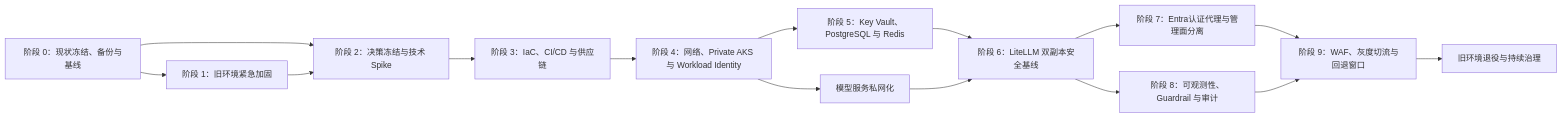
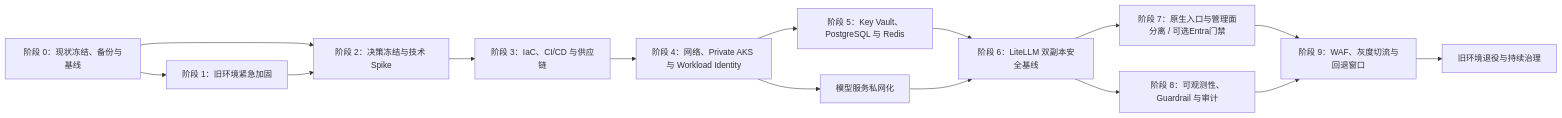
Before and after one commit to wukong121/secure-litellm-on-azure: the diagram in docs/litellm-security-hardening-implementation-roadmap-zh.md, drawn with Mermaid. The commit also changed other lines of this file and 56 other files, not shown here.

````diff
--- a/docs/litellm-security-hardening-implementation-roadmap-zh.md
+++ b/docs/litellm-security-hardening-implementation-roadmap-zh.md
@@ -81,17 +82,17 @@
 ```mermaid
 flowchart LR
     A[阶段 0：现状冻结、备份与基线] --> B[阶段 1：旧环境紧急加固]
     A --> C[阶段 2：决策冻结与技术 Spike]
     B --> C
     C --> D[阶段 3：IaC、CI/CD 与供应链]
     D --> E[阶段 4：网络、Private AKS 与 Workload Identity]
     E --> F[阶段 5：Key Vault、PostgreSQL 与 Redis]
     E --> G[模型服务私网化]
     F --> H[阶段 6：LiteLLM 双副本安全基线]
     G --> H
-    H --> I[阶段 7：Entra认证代理与管理面分离]
+    H --> I[阶段 7：原生入口与管理面分离 / 可选Entra门禁]
     H --> J[阶段 8：可观测性、Guardrail 与审计]
     I --> K[阶段 9：WAF、灰度切流与回退窗口]
     J --> K
     K --> L[旧环境退役与持续治理]
 ```
````
